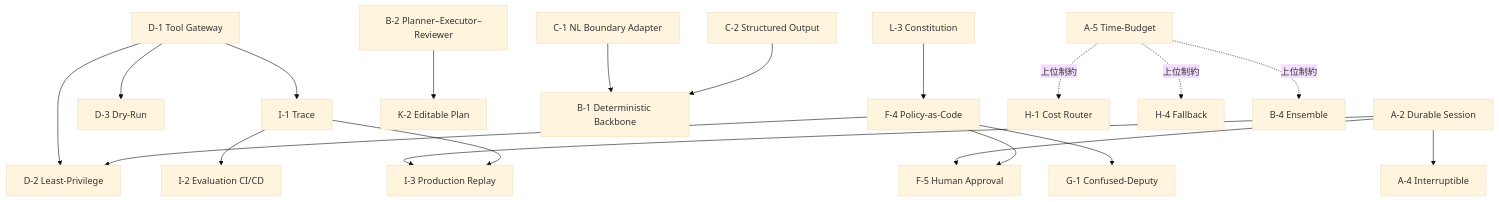
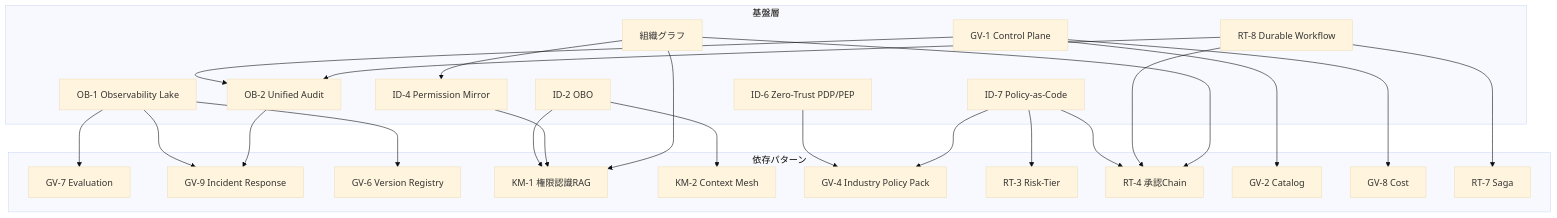
Before and after one commit to shibuiwilliam/enterprise-agent-reference-architectures: the diagram in docs/integration/dependencies.md, drawn with Mermaid (base theme). The commit also changed other lines of this file and 138 other files, not shown here.

````diff
--- a/docs/integration/dependencies.md
+++ b/docs/integration/dependencies.md
@@ -15,27 +13,49 @@
 ```mermaid
-flowchart TD
-    A2[A-2 Durable Session] --> A4[A-4 Interruptible]
-    A2 --> F5[F-5 Human Approval]
-    A2 --> I3[I-3 Production Replay]
+graph TB
+    subgraph Foundation["基盤層"]
+        OB1[OB-1 Observability Lake]
+        OB2[OB-2 Unified Audit]
+        ID2[ID-2 OBO]
+        ID4[ID-4 Permission Mirror]
+        ID6[ID-6 Zero-Trust PDP/PEP]
+        ID7[ID-7 Policy-as-Code]
+        GV1[GV-1 Control Plane]
+        RT8[RT-8 Durable Workflow]
+        ORG[組織グラフ]
+    end
 
-    D1[D-1 Tool Gateway] --> D2[D-2 Least-Privilege]
-    D1 --> D3[D-3 Dry-Run]
-    D1 --> I1[I-1 Trace]
+    subgraph Dependent["依存パターン"]
+        GV7[GV-7 Evaluation]
+        GV9[GV-9 Incident Response]
+        GV6[GV-6 Version Registry]
+        KM1[KM-1 権限認識RAG]
+        KM2[KM-2 Context Mesh]
+        GV4[GV-4 Industry Policy Pack]
+        RT3[RT-3 Risk-Tier]
+        RT4[RT-4 承認Chain]
+        GV2[GV-2 Catalog]
+        GV8[GV-8 Cost]
+        RT7[RT-7 Saga]
+    end
 
-    B2[B-2 Planner–Executor–Reviewer] --> K2[K-2 Editable Plan]
-
-    I1 --> I2[I-2 Evaluation CI/CD]
-    I1 --> I3
-
-    C1[C-1 NL Boundary Adapter] --> B1[B-1 Deterministic Backbone]
-    C2[C-2 Structured Output] --> B1
-
-    F4[F-4 Policy-as-Code] --> D2
-    F4 --> F5
-    F4 --> G1[G-1 Confused-Deputy]
-    L3[L-3 Constitution] --> F4
-
-    A5[A-5 Time-Budget] -.->|上位制約| H1[H-1 Cost Router]
-    A5 -.->|上位制約| H4[H-4 Fallback]
-    A5 -.->|上位制約| B4[B-4 Ensemble]
+    OB1 --> GV7
+    OB1 --> GV9
+    OB1 --> GV6
+    OB2 --> GV9
+    ID2 --> KM1
+    ID4 --> KM1
+    ID2 --> KM2
+    ID6 --> GV4
+    ID7 --> GV4
+    ID7 --> RT3
+    ID7 --> RT4
+    GV1 --> GV2
+    GV1 --> GV8
+    GV1 --> OB2
+    RT8 --> RT4
+    RT8 --> RT7
+    RT8 --> OB2
+    ORG --> ID4
+    ORG --> RT4
+    ORG --> KM1
 ```
````
